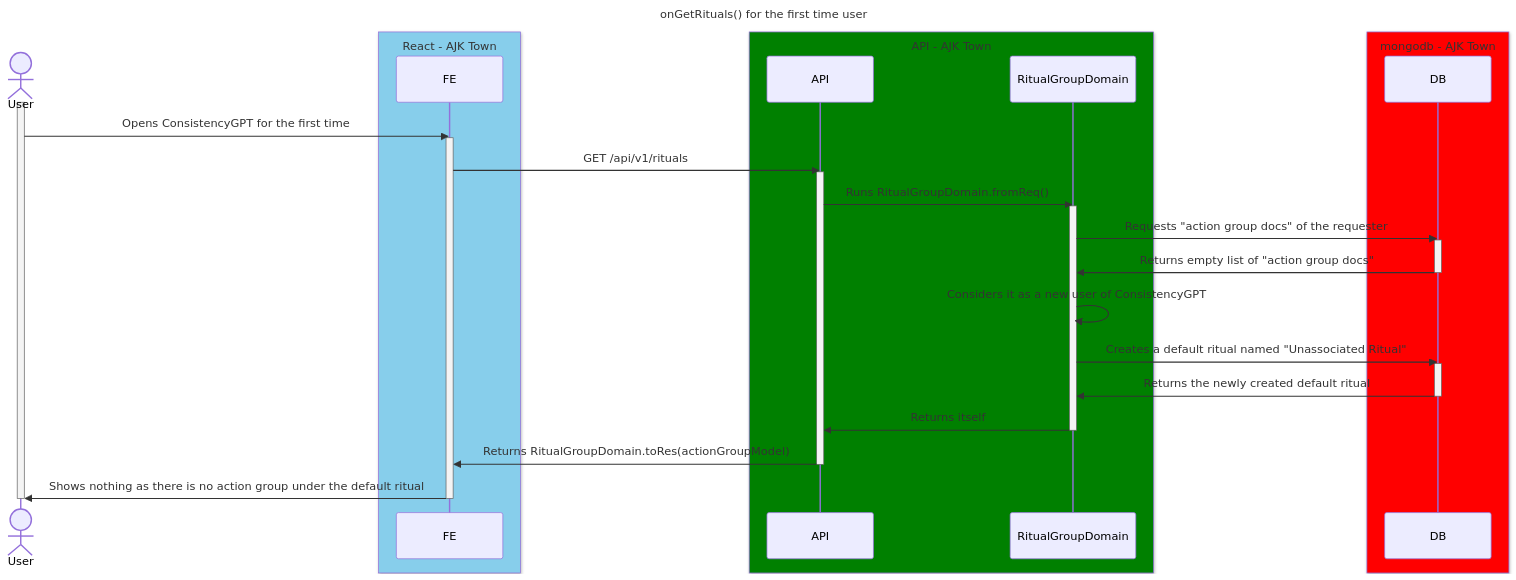
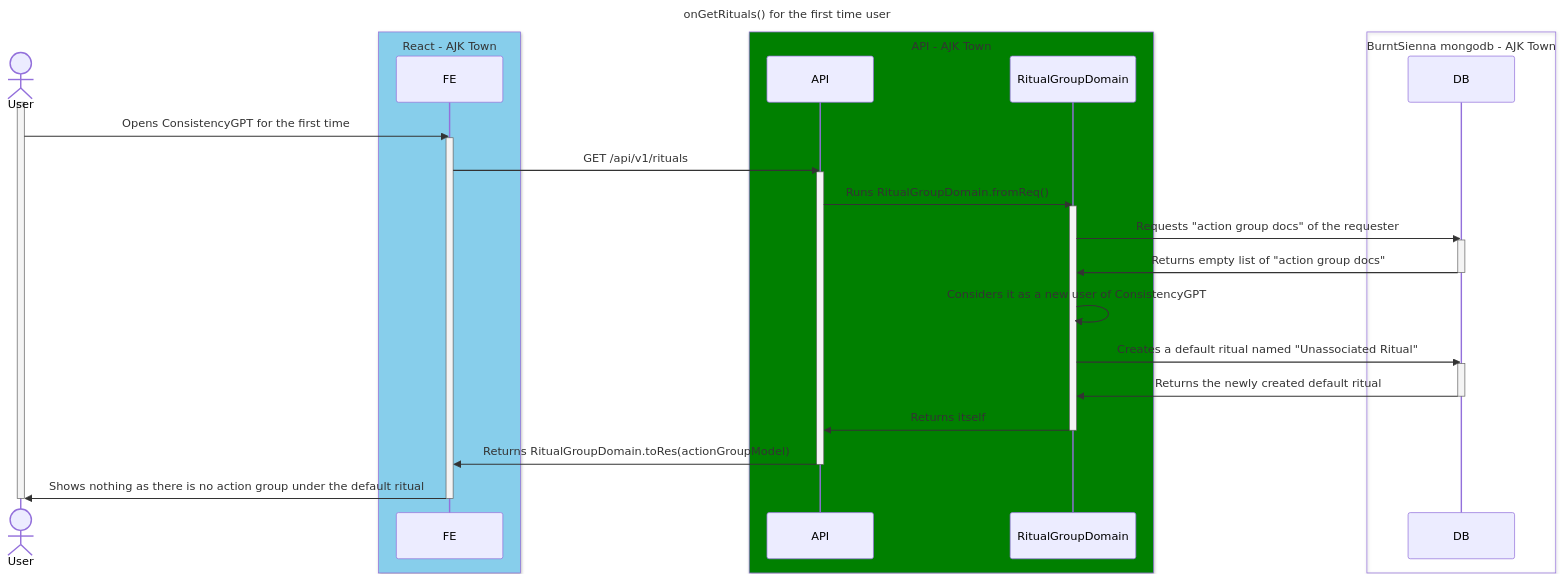
One commit to ajktown/docs changed the diagram in dev_consistency/diagrams/on-get-rituals-first-time.md. Above: the diagram before and after it, drawn with Mermaid.

Commit message:
feat: Burnt Sienna

````diff
--- a/dev_consistency/diagrams/on-get-rituals-first-time.md
+++ b/dev_consistency/diagrams/on-get-rituals-first-time.md
@@ -18,42 +18,42 @@
 ```mermaid
 
 sequenceDiagram
 title: onGetRituals() for the first time user
 
 actor user as User
 box SkyBlue React - AJK Town
   participant fe as FE
 end
 box Green API - AJK Town
   participant api as API
   participant domain as RitualGroupDomain
 end
-box Red mongodb - AJK Town
+box BurntSienna mongodb - AJK Town
   participant db as DB
 end
 
 
 activate user
   user ->> fe: Opens ConsistencyGPT for the first time
   activate fe
     fe ->> api: GET /api/v1/rituals
     activate api
       api ->> domain: Runs RitualGroupDomain.fromReq()
       activate domain
         domain ->> db: Requests "action group docs" of the requester
         activate db
           db ->> domain: Returns empty list of "action group docs"
         deactivate db
         domain ->> domain: Considers it as a new user of ConsistencyGPT
         domain ->> db: Creates a default ritual named "Unassociated Ritual"
         activate db
           db ->> domain: Returns the newly created default ritual
         deactivate db
         domain ->> api: Returns itself
       deactivate domain
       api ->> fe: Returns RitualGroupDomain.toRes(actionGroupModel)
     deactivate api
     fe ->> user: Shows nothing as there is no action group under the default ritual
   deactivate fe
 deactivate user
 ```
````
